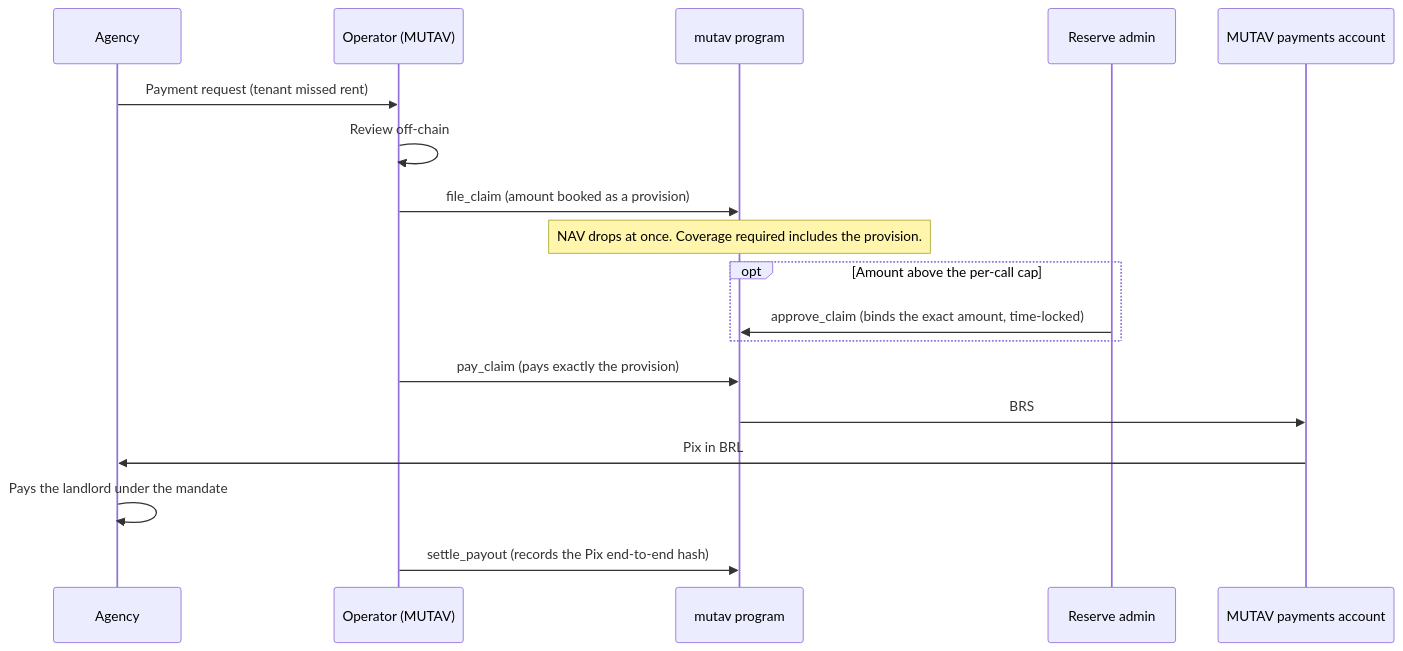
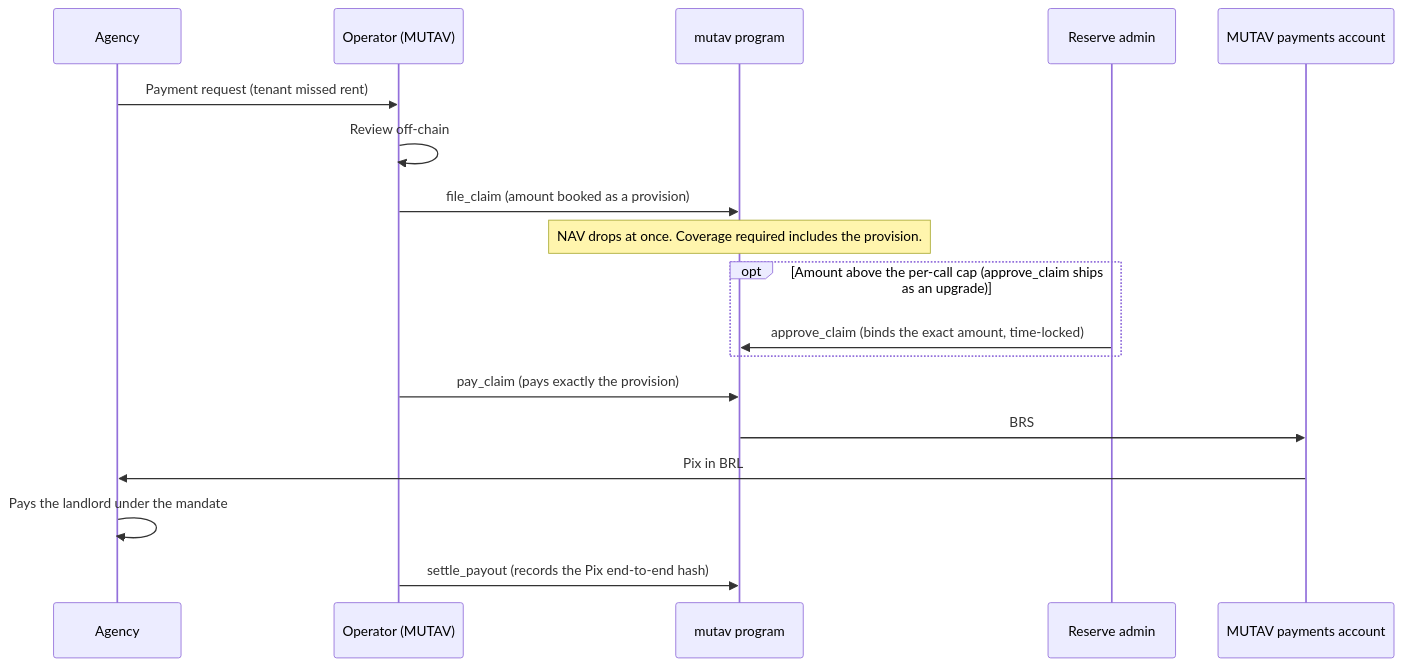
The second of 3 diagrams in docs/introduction/how-it-works.md (mutav-finance/mutav-protocol-solana), drawn with Mermaid before and after one commit. The commit also changed other lines of this file and 13 other files, not shown here.

````diff
--- a/docs/introduction/how-it-works.md
+++ b/docs/introduction/how-it-works.md
@@ -96,20 +96,20 @@
 ```mermaid
 sequenceDiagram
   participant Ag as Agency
   participant Op as Operator (MUTAV)
   participant Pr as mutav program
   participant Ad as Reserve admin
   participant Pa as MUTAV payments account
   Ag->>Op: Payment request (tenant missed rent)
   Op->>Op: Review off-chain
   Op->>Pr: file_claim (amount booked as a provision)
   Note over Pr: NAV drops at once. Coverage required includes the provision.
-  opt Amount above the per-call cap
+  opt Amount above the per-call cap (approve_claim ships as an upgrade)
     Ad->>Pr: approve_claim (binds the exact amount, time-locked)
   end
   Op->>Pr: pay_claim (pays exactly the provision)
   Pr->>Pa: BRS
   Pa->>Ag: Pix in BRL
   Ag->>Ag: Pays the landlord under the mandate
   Op->>Pr: settle_payout (records the Pix end-to-end hash)
 ```
````
